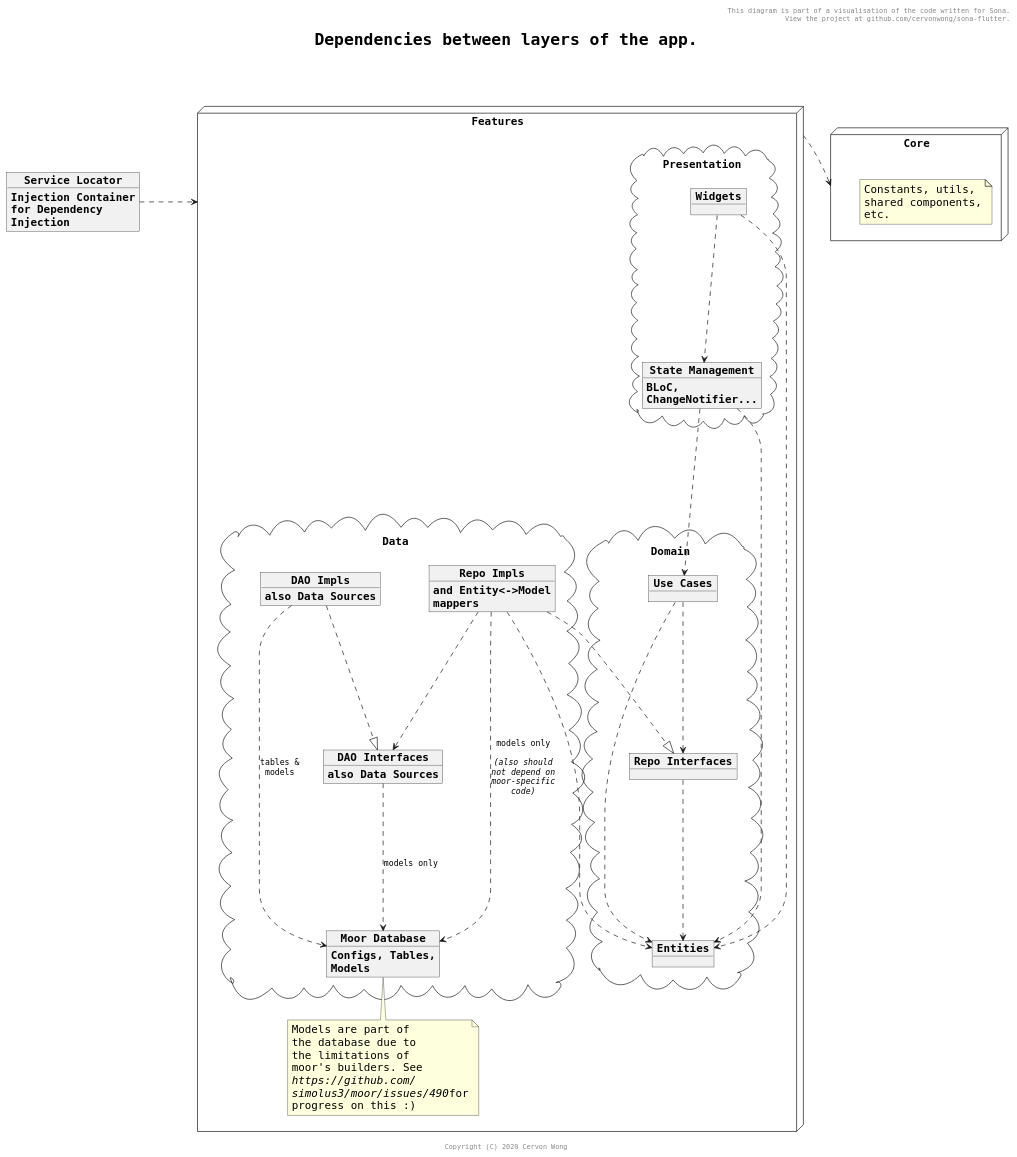
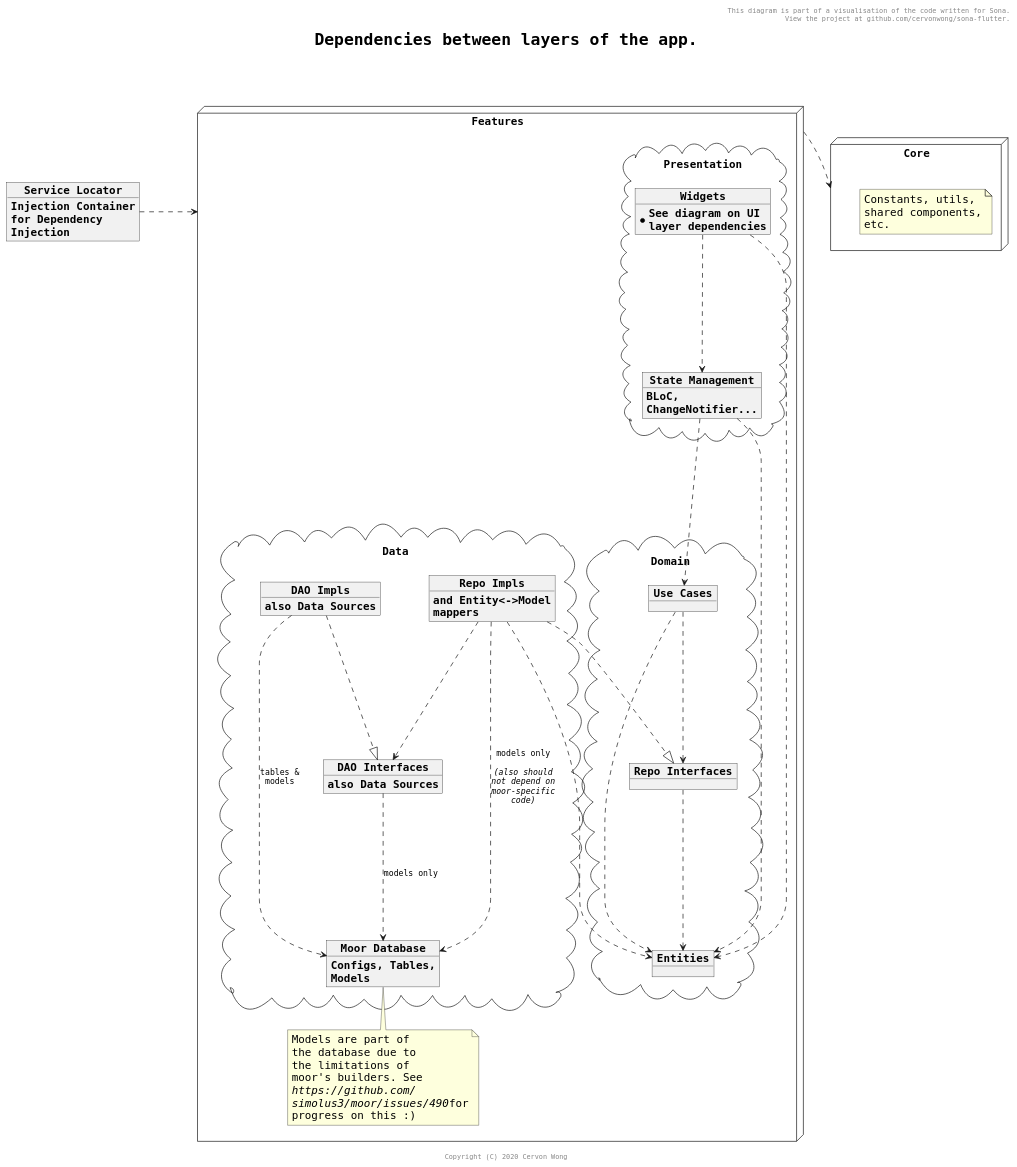
Before and after one commit to cervonwong/sona-flutter: the diagram in puml/architecture_dependencies.puml, drawn with PlantUML. The commit also changed 1 other file, not shown here.

Commit message:
Docs(puml): Update diagram to add c.f. for other diagrams for more context

```diff
--- a/puml/architecture_dependencies.puml
+++ b/puml/architecture_dependencies.puml
@@ -1,77 +1,79 @@
 @startuml
 
 skinparam wrapWidth 200
 skinparam maxMessageSize 100
 skinparam defaultFontName Monospaced
 skinparam defaultFontSize 16
 skinparam arrowFontSize 12
 skinparam objectFontStyle bold
 skinparam titleFontSize 24
 skinparam titleFontStyle bold
 skinparam shadowing false
 
 header This diagram is part of a visualisation of the code written for Sona.\n View the project at github.com/cervonwong/sona-flutter.
 title Dependencies between layers of the app.\n
 footer Copyright (C) 2020 Cervon Wong
 
 package Features <<Node>> {
 	package Presentation <<Cloud>> {
-		object "Widgets" as w
+		object "Widgets" as w {
+			*See diagram on UI layer dependencies
+		}
 		object "State Management" as s {
 			BLoC, ChangeNotifier...
 		}
 	}
 	
 	package Domain <<Cloud>> {
 		object "Use Cases" as u
 		object "Entities" as e
 		object "Repo Interfaces" as ir
 	}
 	
 	package Data <<Cloud>> {
 		object "Repo Impls" as ri {
 			and Entity<->Model mappers
 		}
 		object "DAO Impls" AS di {
 			also Data Sources
 		}
 		object "DAO Interfaces" as id {
 			also Data Sources
 		}
 		object "Moor Database" as db {
 			Configs, Tables, Models
 		}
 	}
 
 	note bottom of db
     	Models are part of the database due to the limitations of moor's builders. See <i>https://github.com/ simolus3/moor/issues/490</i>for progress on this :)
     end note
 }
 
 object "Service Locator" as sl {
 	Injection Container for Dependency Injection
 }
 
 package Core <<Node>> {
 	note "Constants, utils, shared components, etc." as n1
 }
 
 w  ....>  s
 w  ....>  e
 s  ....>  u
 s  ....>  e
 u  ....>  e
 u  ....>  ir
 ir ....>  e
 ri ....|> ir
 ri ....>  id
 ri ....>  db : models only\n\n<i>(also should not depend on moor-specific code)
 ri ....>  e
 di ....>  db : tables & models
 di ....|> id
 id ....>  db : models only
 
 sl .> Features : \t
 Features .> Core : \t
 
 @enduml
```
